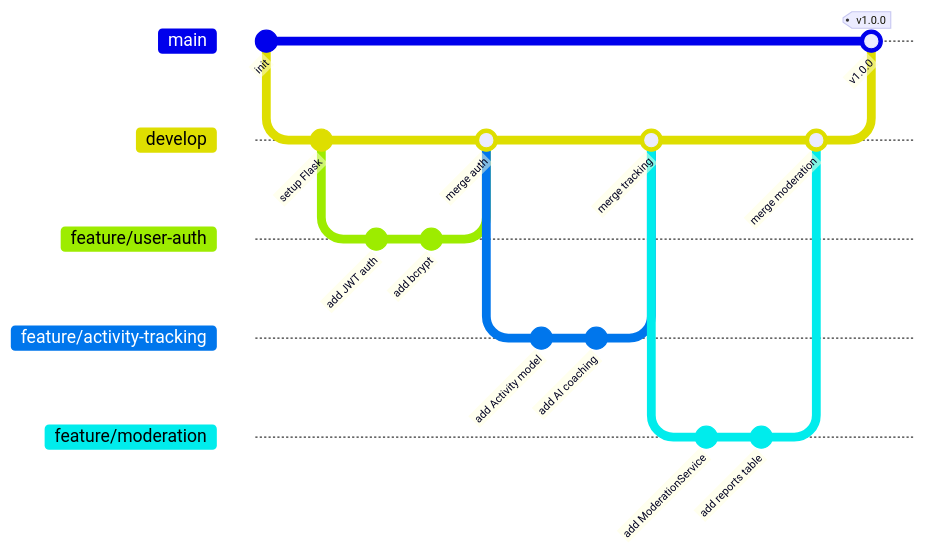
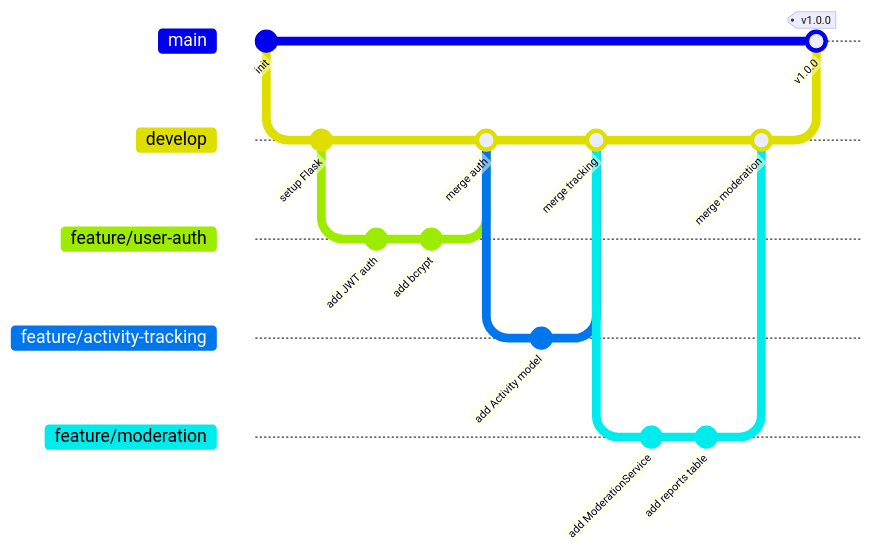
The ninth of 9 diagrams in README.md (arthurmoulard/Sweelo_APP), drawn with Mermaid before and after one commit. The commit also changed other lines of this file, not shown here.

````diff
--- a/README.md
+++ b/README.md
@@ -665,27 +970,26 @@
 ```mermaid
 gitGraph
     commit id: "init"
     branch develop
     checkout develop
     commit id: "setup Flask"
     branch feature/user-auth
     checkout feature/user-auth
     commit id: "add JWT auth"
     commit id: "add bcrypt"
     checkout develop
     merge feature/user-auth id: "merge auth"
     branch feature/activity-tracking
     checkout feature/activity-tracking
     commit id: "add Activity model"
-    commit id: "add AI coaching"
     checkout develop
     merge feature/activity-tracking id: "merge tracking"
     branch feature/moderation
     checkout feature/moderation
     commit id: "add ModerationService"
     commit id: "add reports table"
     checkout develop
     merge feature/moderation id: "merge moderation"
     checkout main
     merge develop id: "v1.0.0" tag: "v1.0.0"
 ```
````
